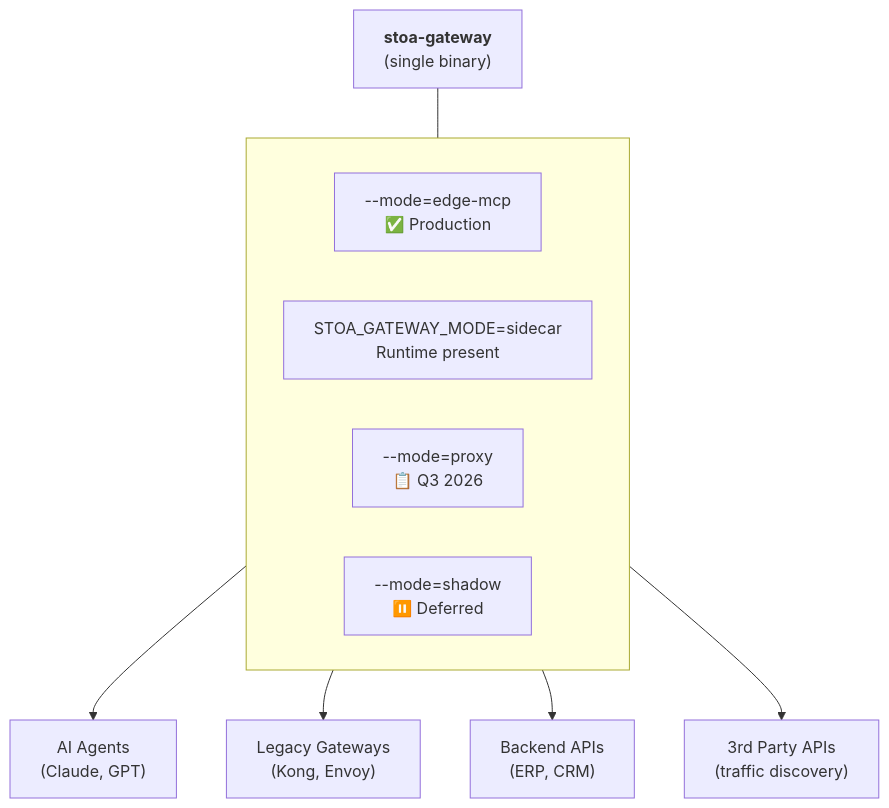
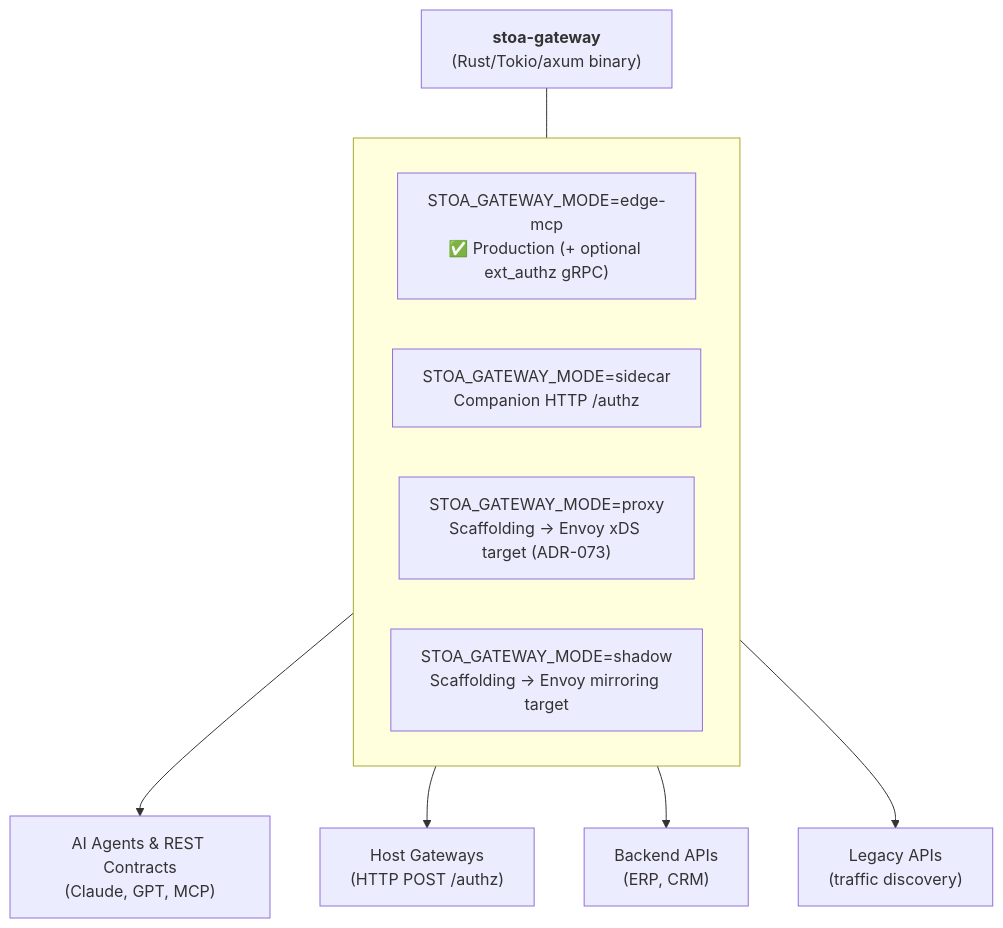
The diagram in docs/concepts/gateway.md (stoa-platform/stoa-docs), drawn with Mermaid before and after one commit. The commit also changed other lines of this file and 31 other files, not shown here.

First line of the commit message:
docs(arch): align architecture, tenant model, secrets, and ADR index with ADR-073/074/075 (EN/FR)

````diff
--- a/docs/concepts/gateway.md
+++ b/docs/concepts/gateway.md
@@ -20,18 +20,18 @@
 ```mermaid
 flowchart TB
-    GW["<b>stoa-gateway</b><br/>(single binary)"]
+    GW["<b>stoa-gateway</b><br/>(Rust/Tokio/axum binary)"]
 
     subgraph modes[" "]
         direction LR
-        EM["--mode=edge-mcp<br/>✅ Production"]
-        SC["STOA_GATEWAY_MODE=sidecar<br/>Runtime present"]
-        PX["--mode=proxy<br/>📋 Q3 2026"]
-        SH["--mode=shadow<br/>⏸️ Deferred"]
+        EM["STOA_GATEWAY_MODE=edge-mcp<br/>✅ Production (+ optional ext_authz gRPC)"]
+        SC["STOA_GATEWAY_MODE=sidecar<br/>Companion HTTP /authz"]
+        PX["STOA_GATEWAY_MODE=proxy<br/>Scaffolding → Envoy xDS target (ADR-073)"]
+        SH["STOA_GATEWAY_MODE=shadow<br/>Scaffolding → Envoy mirroring target"]
     end
 
     GW --- modes
-    EM --> AI["AI Agents<br/>(Claude, GPT)"]
-    SC --> LG["Legacy Gateways<br/>(Kong, Envoy)"]
+    EM --> AI["AI Agents & REST Contracts<br/>(Claude, GPT, MCP)"]
+    SC --> LG["Host Gateways<br/>(HTTP POST /authz)"]
     PX --> BE["Backend APIs<br/>(ERP, CRM)"]
-    SH --> DI["3rd Party APIs<br/>(traffic discovery)"]
+    SH --> DI["Legacy APIs<br/>(traffic discovery)"]
 ```
````
